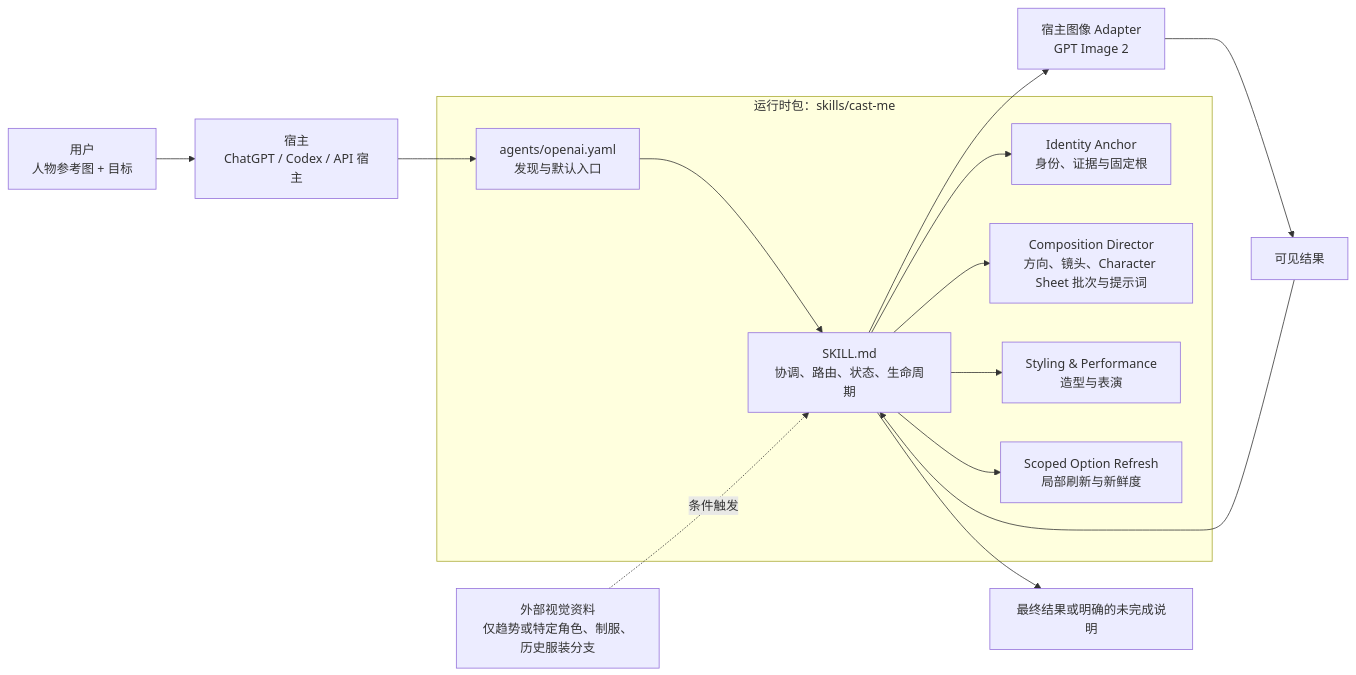
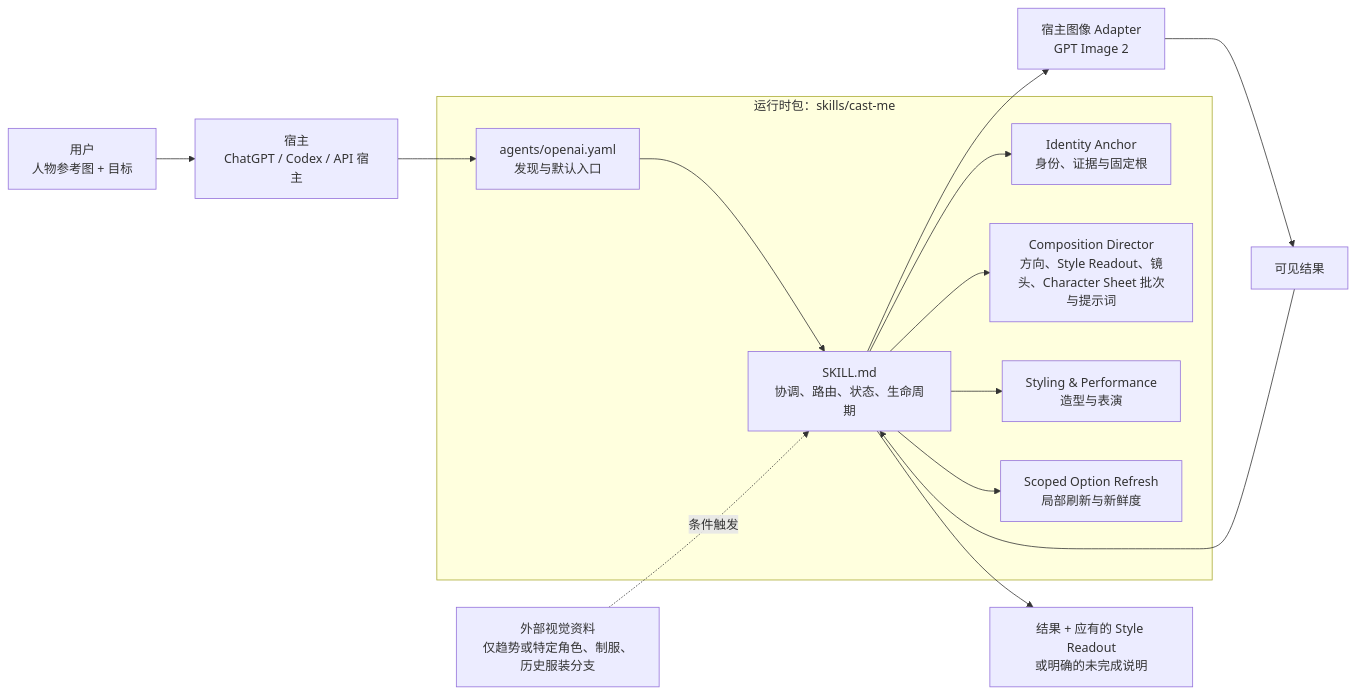
Before and after one commit to cyaoc/cast-me: the first of 13 diagrams in docs/architecture.md, drawn with Mermaid. The commit also changed other lines of this file and 3 other files, not shown here.

````diff
--- a/docs/architecture.md
+++ b/docs/architecture.md
@@ -18,25 +18,25 @@
 ```mermaid
 flowchart LR
     U["用户<br/>人物参考图 + 目标"] --> H["宿主<br/>ChatGPT / Codex / API 宿主"]
 
     subgraph PKG["运行时包：skills/cast-me"]
         META["agents/openai.yaml<br/>发现与默认入口"]
         K["SKILL.md<br/>协调、路由、状态、生命周期"]
         I["Identity Anchor<br/>身份、证据与固定根"]
-        C["Composition Director<br/>方向、镜头、Character Sheet 批次与提示词"]
+        C["Composition Director<br/>方向、Style Readout、镜头、Character Sheet 批次与提示词"]
         S["Styling & Performance<br/>造型与表演"]
         R["Scoped Option Refresh<br/>局部刷新与新鲜度"]
         META --> K
         K --> I
         K --> C
         K --> S
         K --> R
     end
 
     H --> META
     K --> G["宿主图像 Adapter<br/>GPT Image 2"]
     G --> O["可见结果"]
     O --> K
-    K --> F["最终结果或明确的未完成说明"]
+    K --> F["结果 + 应有的 Style Readout<br/>或明确的未完成说明"]
     W["外部视觉资料<br/>仅趋势或特定角色、制服、历史服装分支"] -.条件触发.-> K
 ```
````
